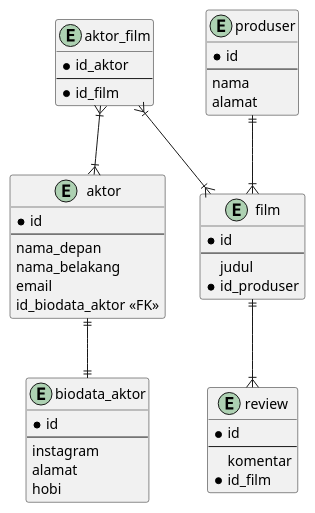
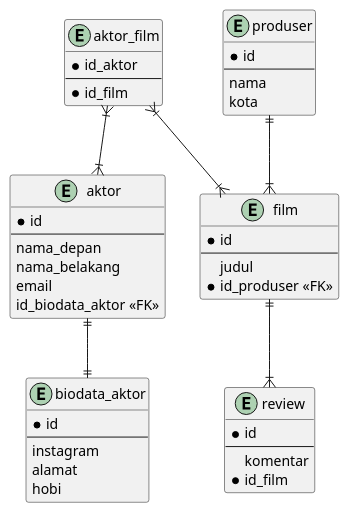
One commit to TopekoX/belajar-hibernate changed the diagram in demo-hibernate-mapping-one-to-one-bi-directional/uml/schema.plantuml. Above: the diagram before and after it, drawn with PlantUML. The commit also changed 2 other files, not shown here.

```diff
--- a/demo-hibernate-mapping-one-to-one-bi-directional/uml/schema.plantuml
+++ b/demo-hibernate-mapping-one-to-one-bi-directional/uml/schema.plantuml
@@ -1,53 +1,53 @@
 @startuml
 
 entity aktor {
     * id
     --
     nama_depan
     nama_belakang
     email
     id_biodata_aktor << FK >>
 }
 
 entity biodata_aktor {
     * id
     --
     instagram
     alamat
     hobi
 }
 
 entity produser {
     * id
     --
     nama
-    alamat
+    kota
 }
 
 entity film {
     * id
     --
     judul
-    * id_produser
+    * id_produser <<FK>>
 }
 
 entity review {
     * id
     --
     komentar
     * id_film
 }
 
 entity aktor_film {
     * id_aktor
     --
     * id_film
 }
 
 aktor ||--|| biodata_aktor
 produser ||--|{ film
 film ||--|{ review
 aktor_film }|--|{ film
 aktor_film }|--|{ aktor
 
 @enduml
```
